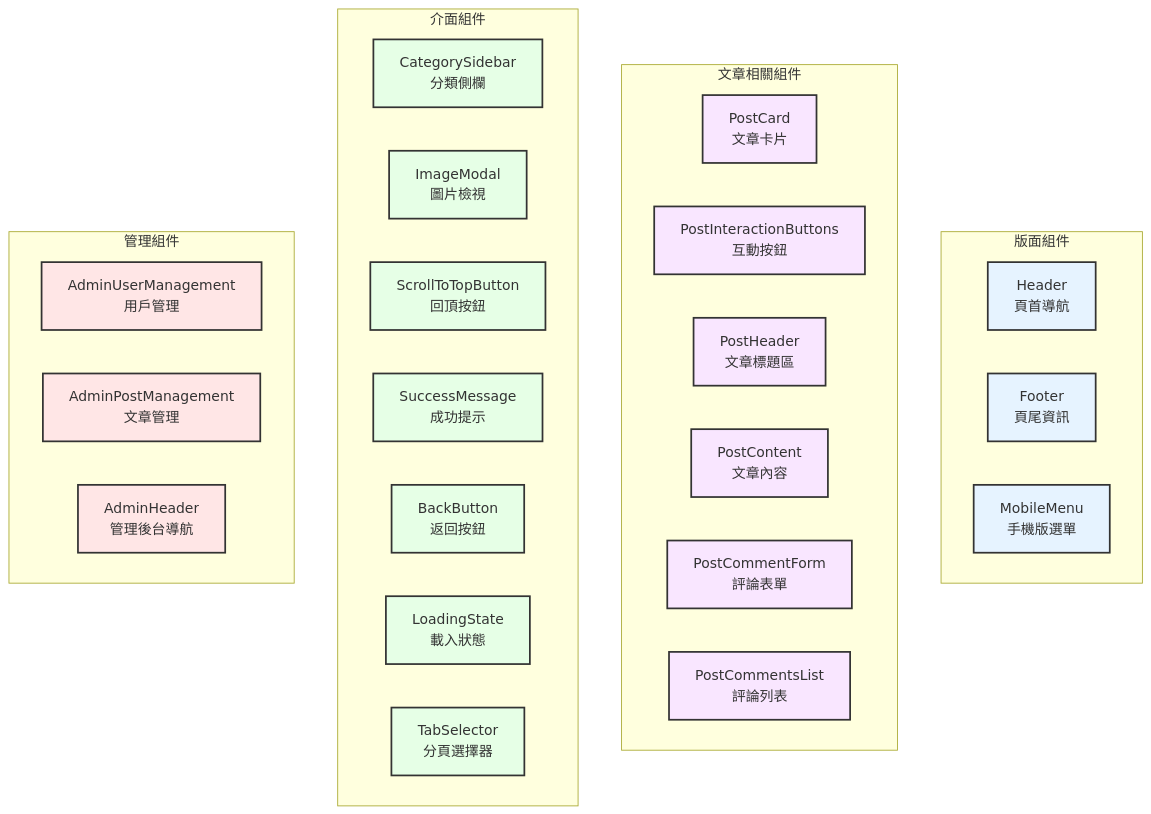
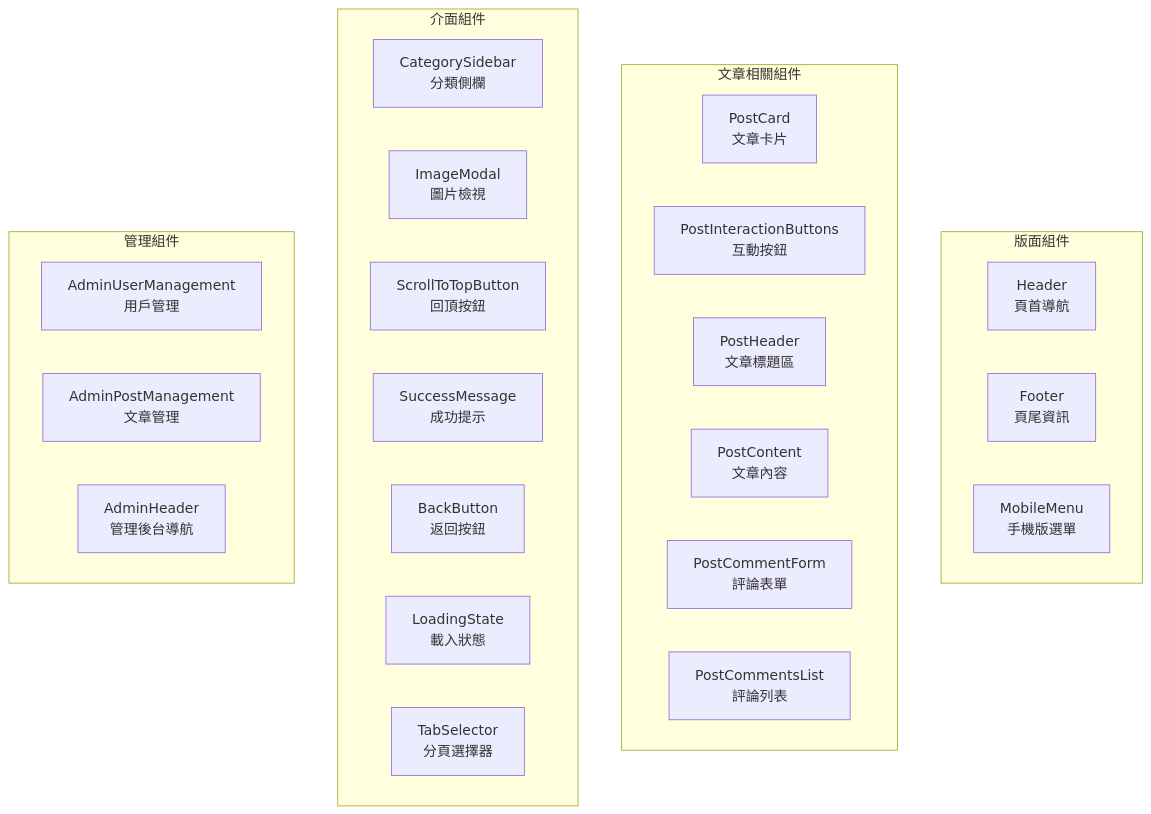
The third of 9 diagrams in README.md (roy4222/SoulNet), drawn with Mermaid before and after one commit. The commit also changed other lines of this file, not shown here.

Commit message:
Refactor README component diagrams by removing unnecessary class definitions to improve readability and streamline the presentation of component relationships.

````diff
--- a/README.md
+++ b/README.md
@@ -103,43 +100,33 @@
 ```mermaid
 graph TD
     subgraph Layout[版面組件]
         HD[Header<br/>頁首導航]
         FT[Footer<br/>頁尾資訊]
         MM[MobileMenu<br/>手機版選單]
     end
     
     subgraph Post[文章相關組件]
         PC[PostCard<br/>文章卡片]
         PIB[PostInteractionButtons<br/>互動按鈕]
         PH[PostHeader<br/>文章標題區]
         PCN[PostContent<br/>文章內容]
         PCF[PostCommentForm<br/>評論表單]
         PCL[PostCommentsList<br/>評論列表]
     end
     
     subgraph UI[介面組件]
         CS[CategorySidebar<br/>分類側欄]
         IM[ImageModal<br/>圖片檢視]
         STB[ScrollToTopButton<br/>回頂按鈕]
         SM[SuccessMessage<br/>成功提示]
         BB[BackButton<br/>返回按鈕]
         LS[LoadingState<br/>載入狀態]
         TS[TabSelector<br/>分頁選擇器]
     end
     
     subgraph Admin[管理組件]
         AU[AdminUserManagement<br/>用戶管理]
         APM[AdminPostManagement<br/>文章管理]
         AH[AdminHeader<br/>管理後台導航]
     end
-    
-    classDef layout fill:#e6f3ff,stroke:#333,stroke-width:2px
-    classDef post fill:#f9e6ff,stroke:#333,stroke-width:2px
-    classDef ui fill:#e6ffe6,stroke:#333,stroke-width:2px
-    classDef admin fill:#ffe6e6,stroke:#333,stroke-width:2px
-    
-    class HD,FT,MM layout
-    class PC,PIB,PH,PCN,PCF,PCL post
-    class CS,IM,STB,SM,BB,LS,TS ui
-    class AU,APM,AH admin
 ```
````
